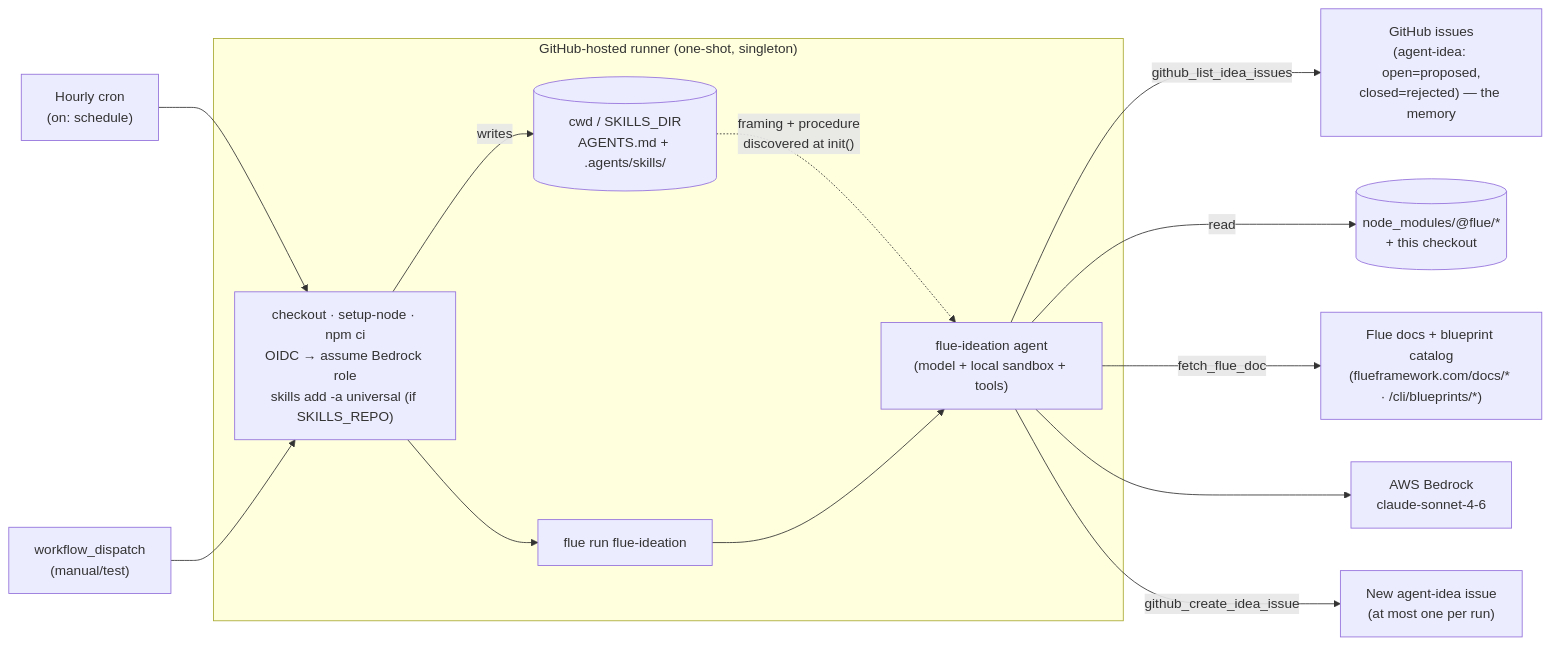
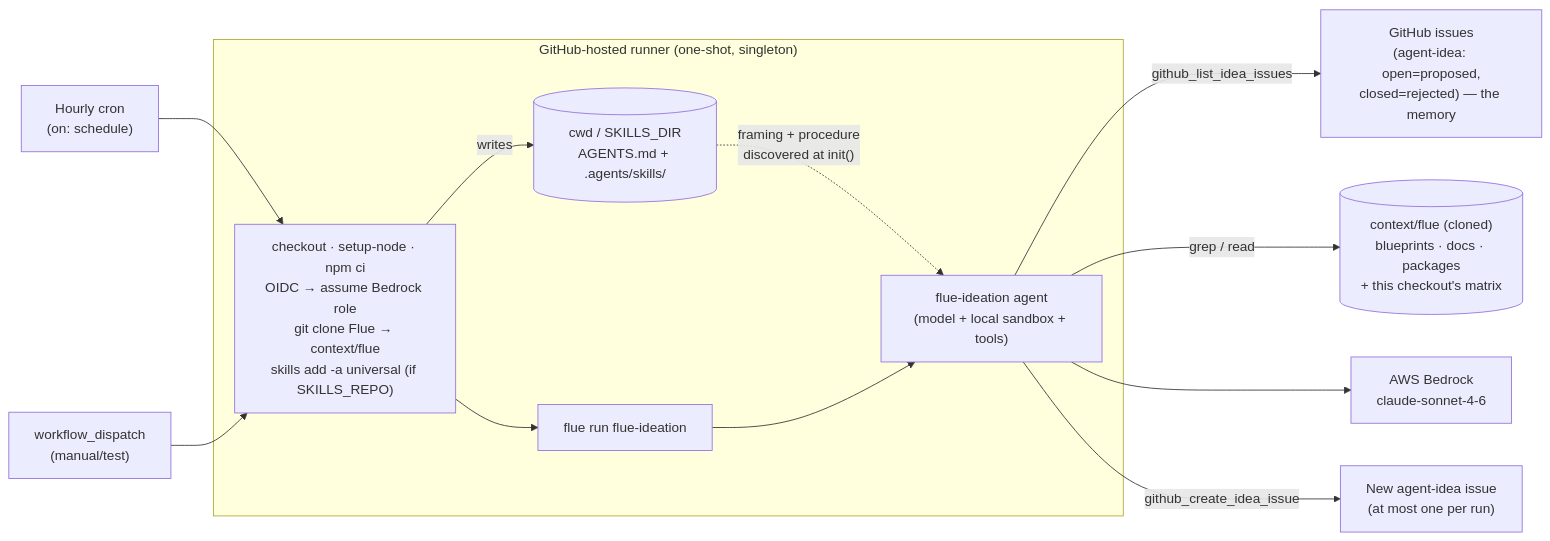
One commit to hjgraca/agentic-sdlc changed the diagram in examples/ideate-scheduled-actions/README.md. Above: the diagram before and after it, drawn with Mermaid. The commit also changed other lines of this file and 8 other files, not shown here.

First line of the commit message:
Clone Flue locally instead of fetching docs/blueprints

````diff
--- a/examples/ideate-scheduled-actions/README.md
+++ b/examples/ideate-scheduled-actions/README.md
@@ -41,29 +41,27 @@
 ```mermaid
 flowchart LR
     Cron["Hourly cron<br/>(on: schedule)"]
     Manual["workflow_dispatch<br/>(manual/test)"]
 
     subgraph runner["GitHub-hosted runner (one-shot, singleton)"]
-        Before["checkout · setup-node · npm ci<br/>OIDC → assume Bedrock role<br/>skills add -a universal (if SKILLS_REPO)"]
+        Before["checkout · setup-node · npm ci<br/>OIDC → assume Bedrock role<br/>git clone Flue → context/flue<br/>skills add -a universal (if SKILLS_REPO)"]
         Run["flue run flue-ideation"]
         Agent["flue-ideation agent<br/>(model + local sandbox + tools)"]
         CWD[("cwd / SKILLS_DIR<br/>AGENTS.md + .agents/skills/")]
         Before -->|writes| CWD
         CWD -.->|"framing + procedure<br/>discovered at init()"| Agent
         Before --> Run --> Agent
     end
 
     Mem["GitHub issues<br/>(agent-idea: open=proposed,<br/>closed=rejected) — the memory"]
-    Pkgs[("node_modules/@flue/*<br/>+ this checkout")]
-    Docs["Flue docs + blueprint catalog<br/>(flueframework.com/docs/* · /cli/blueprints/*)"]
+    Flue[("context/flue (cloned)<br/>blueprints · docs · packages<br/>+ this checkout's matrix")]
     Bedrock["AWS Bedrock<br/>claude-sonnet-4-6"]
     Issue["New agent-idea issue<br/>(at most one per run)"]
 
     Cron --> Before
     Manual --> Before
     Agent -->|github_list_idea_issues| Mem
-    Agent -->|read| Pkgs
-    Agent -->|fetch_flue_doc| Docs
+    Agent -->|grep / read| Flue
     Agent --> Bedrock
     Agent -->|github_create_idea_issue| Issue
 ```
````
